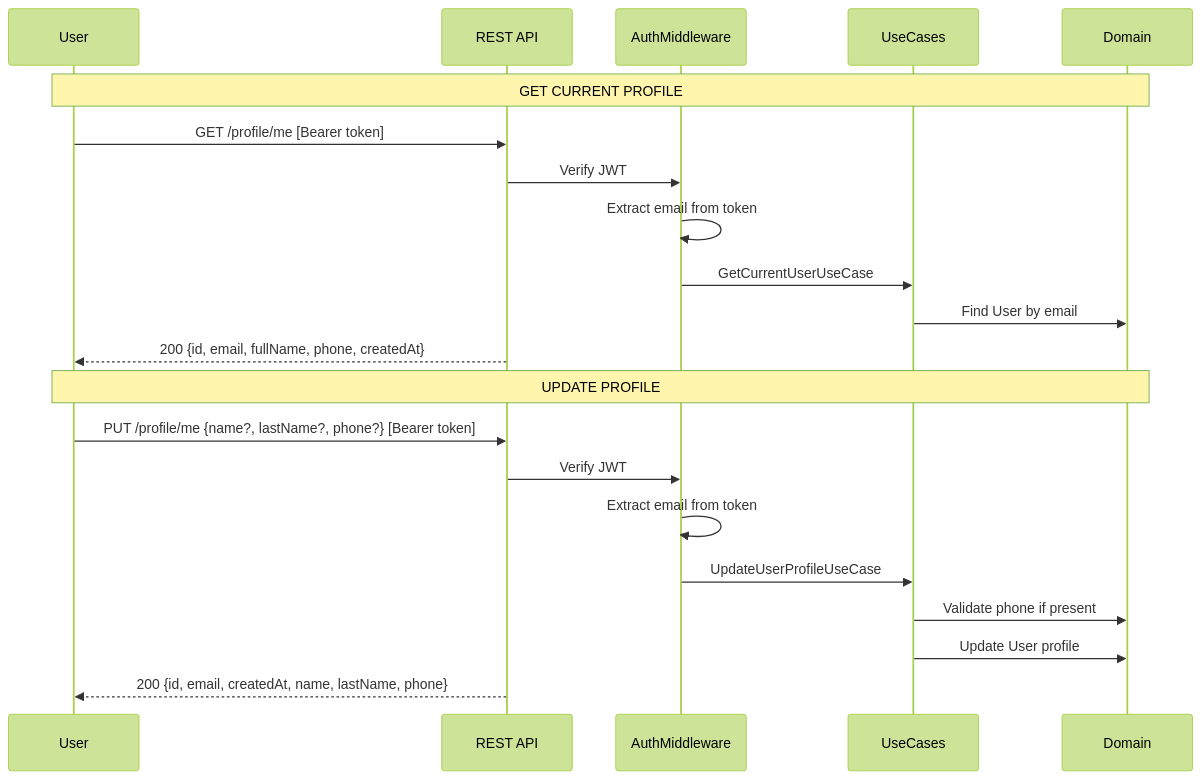
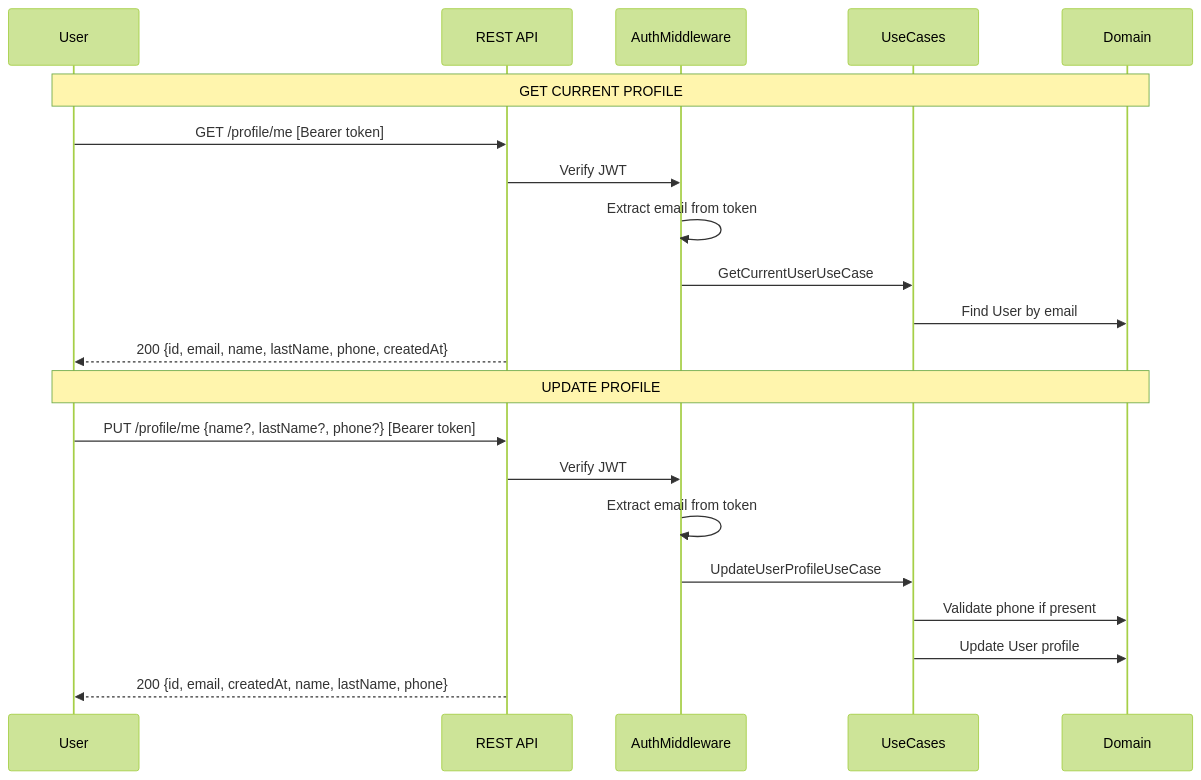
Before and after one commit to adolfogustavo/auth-system-fe: the second of 2 diagrams in docs/api/auth-flow.md, drawn with Mermaid (forest theme). The commit also changed other lines of this file and 23 other files, not shown here.

````diff
--- a/docs/api/auth-flow.md
+++ b/docs/api/auth-flow.md
@@ -37,25 +37,25 @@
 ```mermaid
 sequenceDiagram
     participant U as User
     participant API as REST API
     participant MW as AuthMiddleware
     participant UC as UseCases
     participant D as Domain
 
     Note over U,D: GET CURRENT PROFILE
     U->>API: GET /profile/me [Bearer token]
     API->>MW: Verify JWT
     MW->>MW: Extract email from token
     MW->>UC: GetCurrentUserUseCase
     UC->>D: Find User by email
-    API-->>U: 200 {id, email, fullName, phone, createdAt}
+    API-->>U: 200 {id, email, name, lastName, phone, createdAt}
 
     Note over U,D: UPDATE PROFILE
     U->>API: PUT /profile/me {name?, lastName?, phone?} [Bearer token]
     API->>MW: Verify JWT
     MW->>MW: Extract email from token
     MW->>UC: UpdateUserProfileUseCase
     UC->>D: Validate phone if present
     UC->>D: Update User profile
     API-->>U: 200 {id, email, createdAt, name, lastName, phone}
 ```
````
